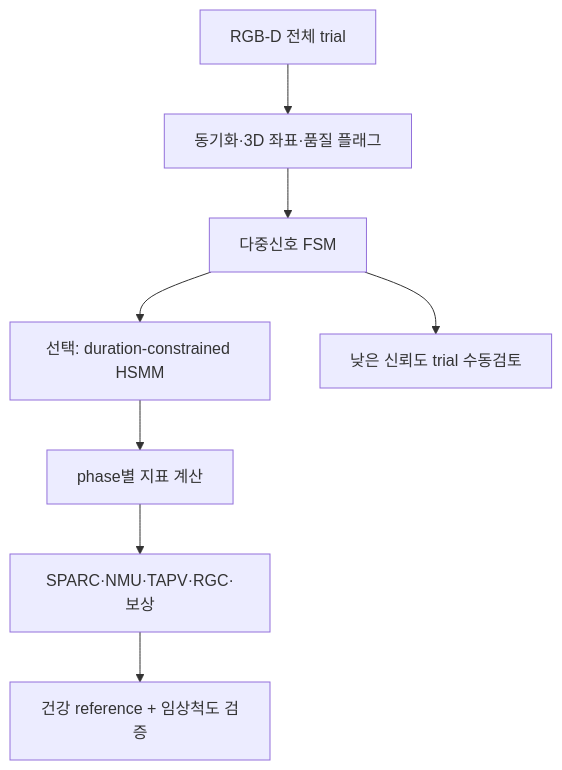
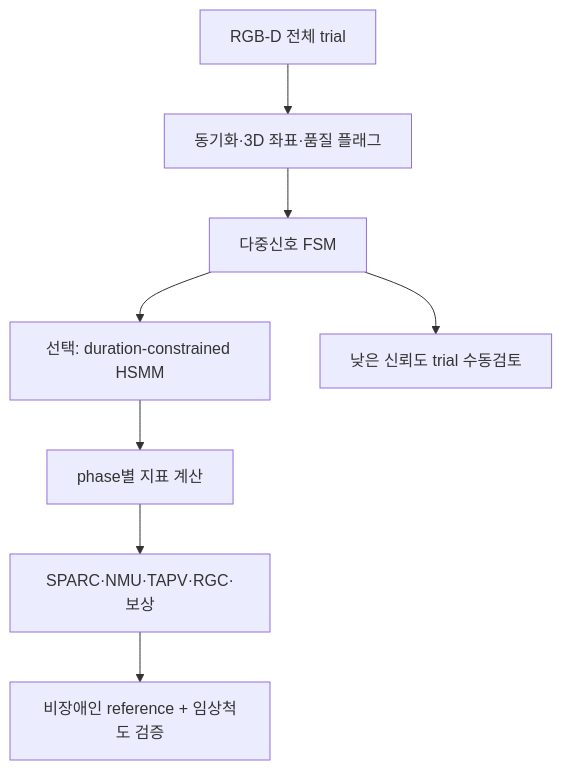
One commit to passtock/casstone changed the second of 2 diagrams in capstone/03_연구계획_및_정리노트/stroke_grasp_kinematic_biomarkers_segmentation_ko.md. Above: the diagram before and after it, drawn with Mermaid. The commit also changed other lines of this file and 728 other files, not shown here.

````diff
--- a/capstone/03_연구계획_및_정리노트/stroke_grasp_kinematic_biomarkers_segmentation_ko.md
+++ b/capstone/03_연구계획_및_정리노트/stroke_grasp_kinematic_biomarkers_segmentation_ko.md
@@ -333,10 +333,10 @@
 ```mermaid
 flowchart TD
     A["RGB-D 전체 trial"] --> B["동기화·3D 좌표·품질 플래그"]
     B --> C["다중신호 FSM"]
     C --> D["선택: duration-constrained HSMM"]
     D --> E["phase별 지표 계산"]
     E --> F["SPARC·NMU·TAPV·RGC·보상"]
-    F --> G["건강 reference + 임상척도 검증"]
+    F --> G["비장애인 reference + 임상척도 검증"]
     C --> H["낮은 신뢰도 trial 수동검토"]
 ```
````
